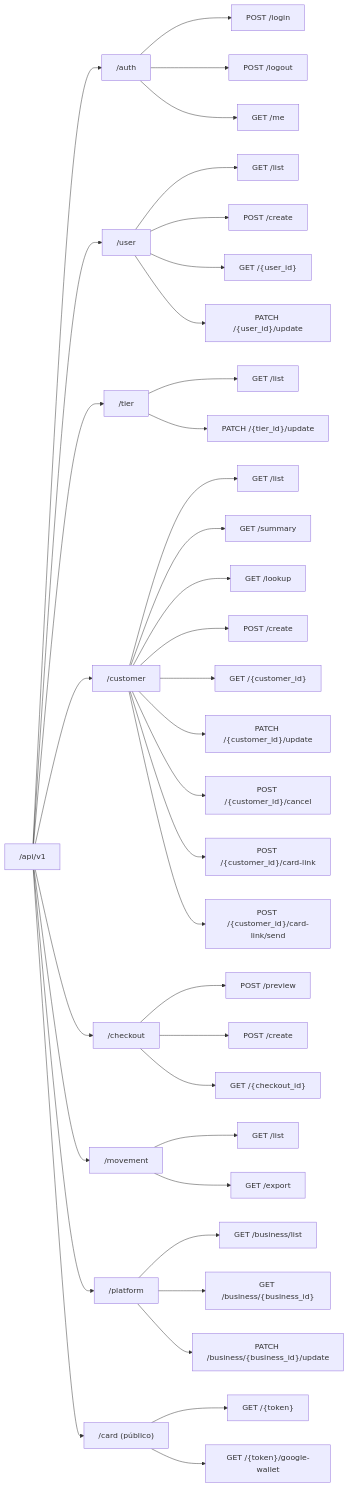
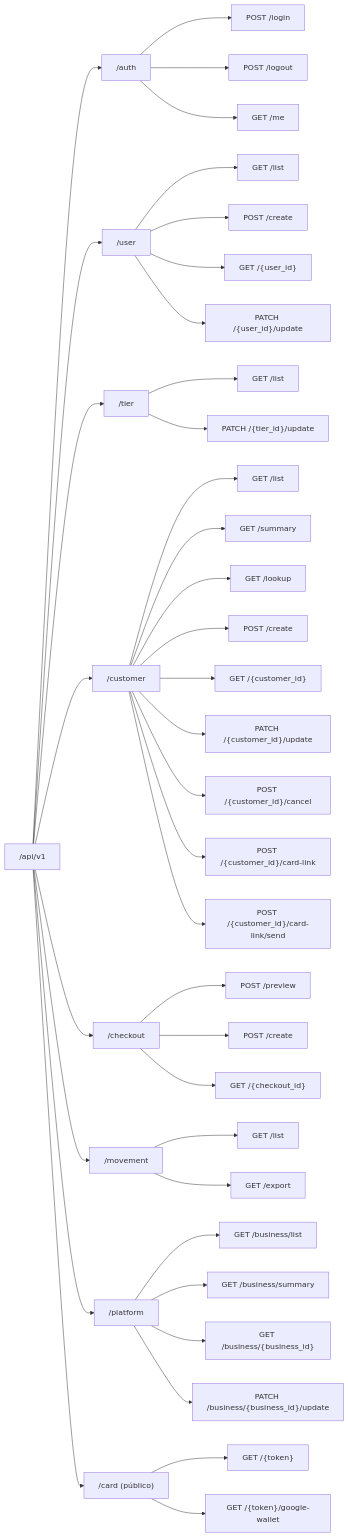
One commit to AGA-Studio/Member-Web changed the eighth of 15 diagrams in docs/ARCHITECTURE.md. Above: the diagram before and after it, drawn with Mermaid. The commit also changed other lines of this file, not shown here.

````diff
--- a/docs/ARCHITECTURE.md
+++ b/docs/ARCHITECTURE.md
@@ -516,47 +518,48 @@
 ```mermaid
 flowchart LR
     ROOT["/api/v1"] --> AUTH["/auth"]
     ROOT --> USER["/user"]
     ROOT --> TIER["/tier"]
     ROOT --> CUST["/customer"]
     ROOT --> CHK["/checkout"]
     ROOT --> MOV["/movement"]
     ROOT --> PLAT["/platform"]
     ROOT --> CARD["/card (público)"]
 
     AUTH --> L["POST /login"]
     AUTH --> LO["POST /logout"]
     AUTH --> ME["GET /me"]
 
     USER --> UL["GET /list"]
     USER --> UC["POST /create"]
     USER --> UG["GET /{user_id}"]
     USER --> UU["PATCH /{user_id}/update"]
 
     TIER --> TL["GET /list"]
     TIER --> TU["PATCH /{tier_id}/update"]
 
     CUST --> CL["GET /list"]
     CUST --> CS["GET /summary"]
     CUST --> CK["GET /lookup"]
     CUST --> CC["POST /create"]
     CUST --> CG["GET /{customer_id}"]
     CUST --> CU["PATCH /{customer_id}/update"]
     CUST --> CX["POST /{customer_id}/cancel"]
     CUST --> CLK["POST /{customer_id}/card-link"]
     CUST --> CLS["POST /{customer_id}/card-link/send"]
 
     CHK --> KP["POST /preview"]
     CHK --> KC["POST /create"]
     CHK --> KG["GET /{checkout_id}"]
 
     MOV --> VL["GET /list"]
     MOV --> VE["GET /export"]
 
     PLAT --> PB["GET /business/list"]
+    PLAT --> PS["GET /business/summary"]
     PLAT --> PG["GET /business/{business_id}"]
     PLAT --> PU["PATCH /business/{business_id}/update"]
 
     CARD --> DG["GET /{token}"]
     CARD --> DW["GET /{token}/google-wallet"]
 ```
````
